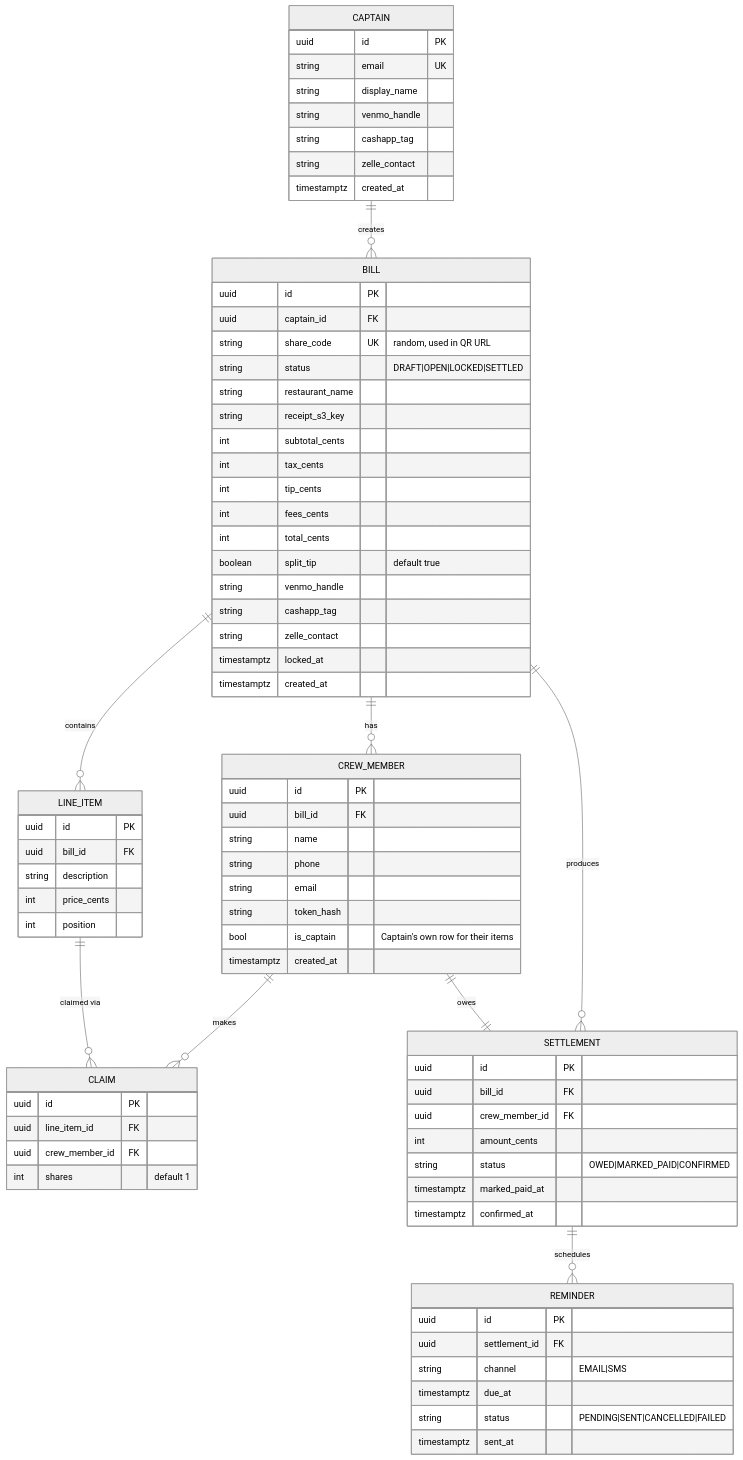
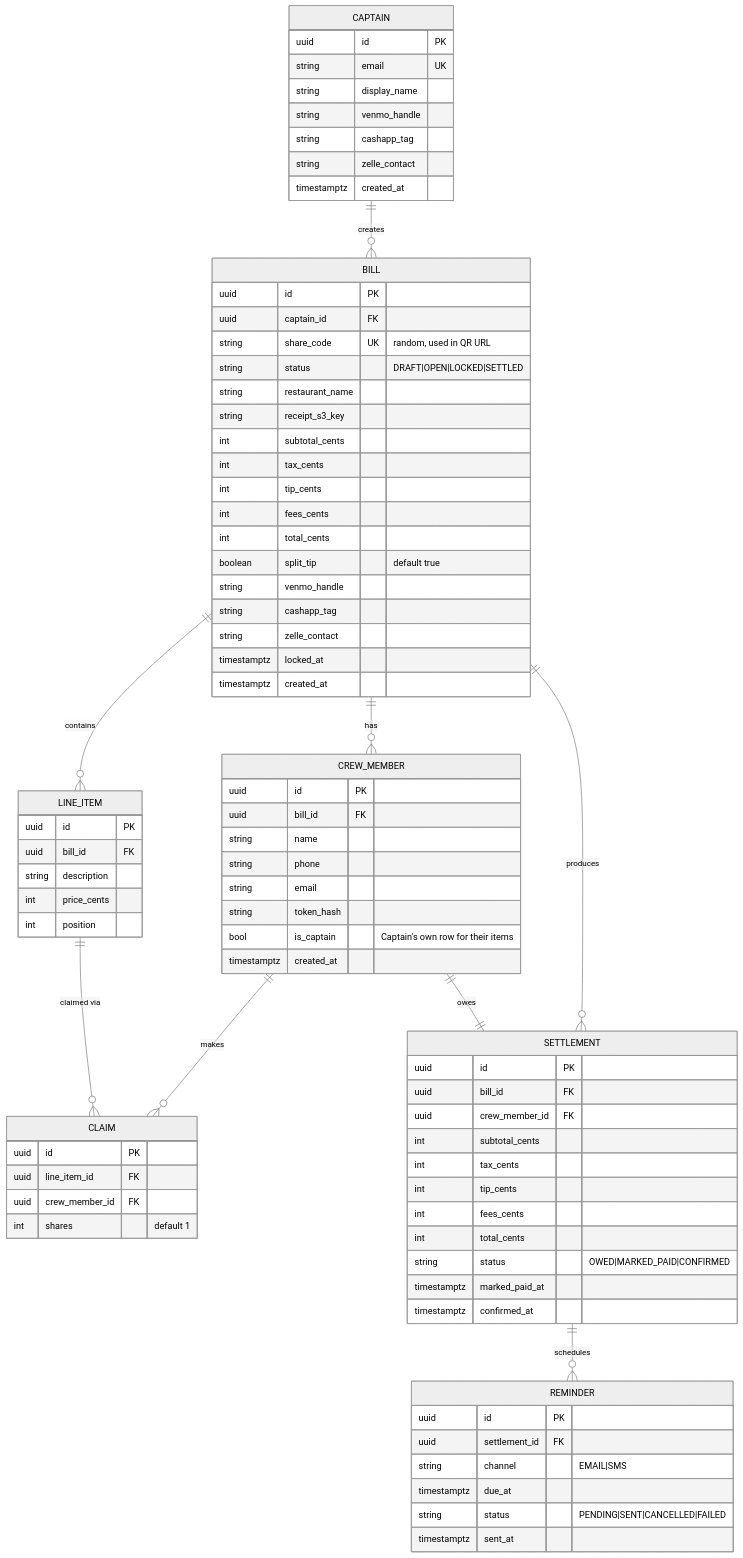
Before and after one commit to bhenry245/dibs: the fifth of 5 diagrams in docs/design.md, drawn with Mermaid (neutral theme). The commit also changed other lines of this file and 20 other files, not shown here.

Commit message:
Added lock confirmation screen to dibs flow

```diff
--- a/docs/design.md
+++ b/docs/design.md
@@ -329,7 +331,11 @@
         uuid id PK
         uuid bill_id FK
         uuid crew_member_id FK
-        int amount_cents
+        int subtotal_cents
+        int tax_cents
+        int tip_cents
+        int fees_cents
+        int total_cents
         string status "OWED|MARKED_PAID|CONFIRMED"
         timestamptz marked_paid_at
         timestamptz confirmed_at
```
